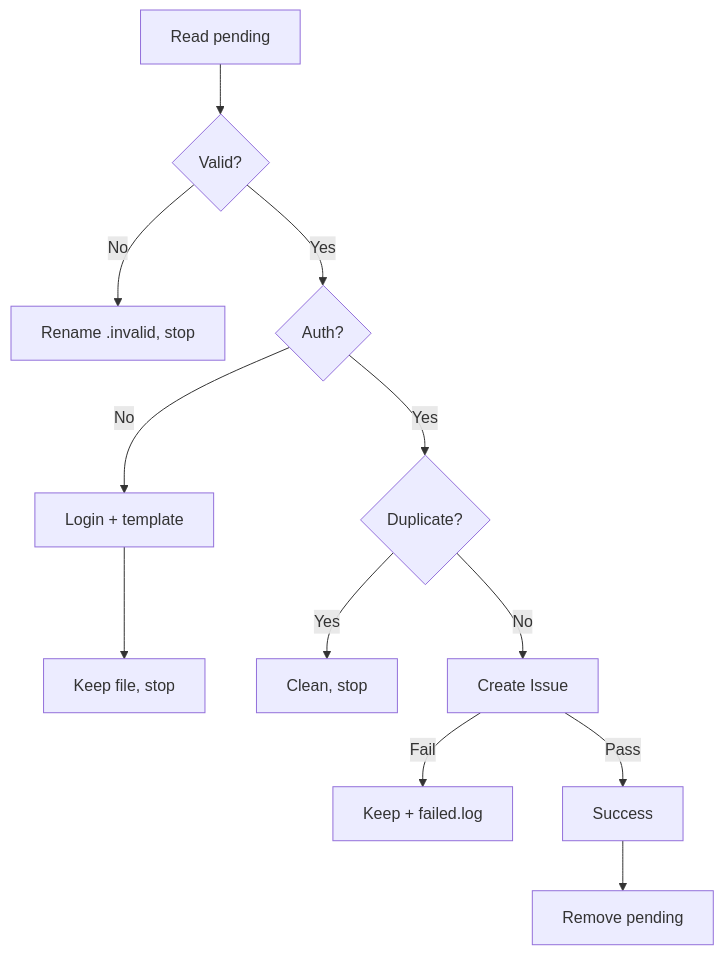
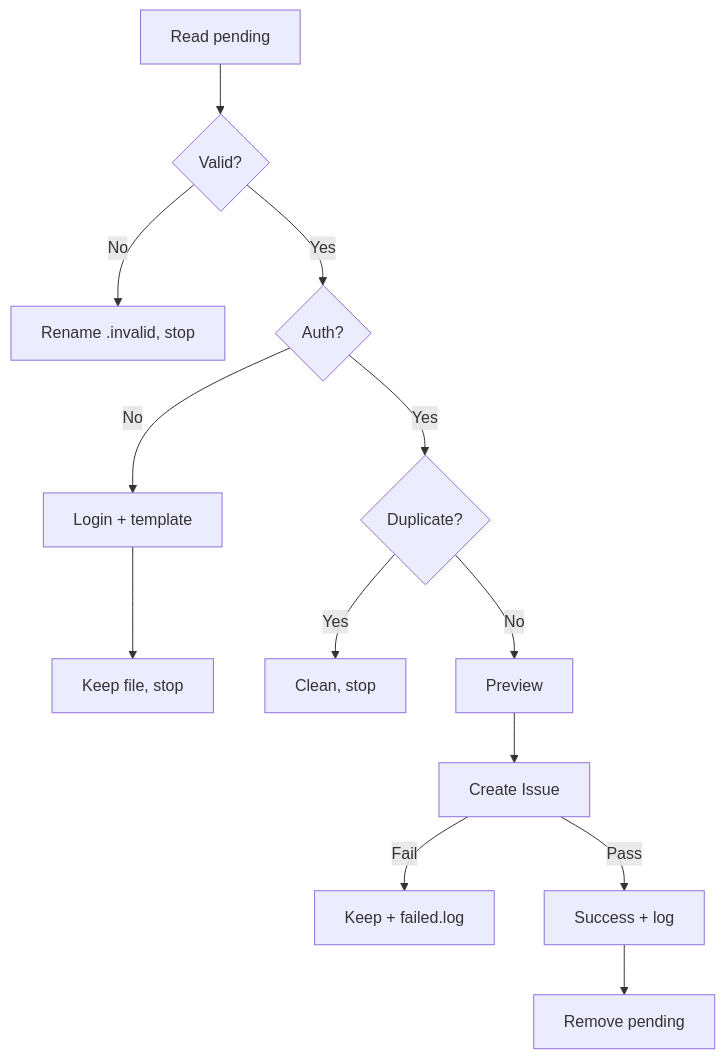
The diagram in skills/gf-autoreport-bug/SKILL.md (byx-darwin/gitflow-cli), drawn with Mermaid before and after one commit. The commit also changed other lines of this file and 4 other files, not shown here.

Commit message:
feat(report): hook.log + processing.log + preview + TTL override (P1-3/P2-3/B1)

````diff
--- a/skills/gf-autoreport-bug/SKILL.md
+++ b/skills/gf-autoreport-bug/SKILL.md
@@ -40,14 +36,15 @@
 ```mermaid
 flowchart TD
     A[Read pending] --> B{Valid?}
     B -->|No| C[Rename .invalid, stop]
     B -->|Yes| D{Auth?}
     D -->|No| NEW[Login + template]
     NEW --> KEEP[Keep file, stop]
     D -->|Yes| G{Duplicate?}
     G -->|Yes| I[Clean, stop]
-    G -->|No| J[Create Issue]
+    G -->|No| P[Preview]
+    P --> J[Create Issue]
     J -->|Fail| F[Keep + failed.log]
-    J -->|Pass| M[Success]
+    J -->|Pass| M[Success + log]
     M --> K[Remove pending]
 ```
````
